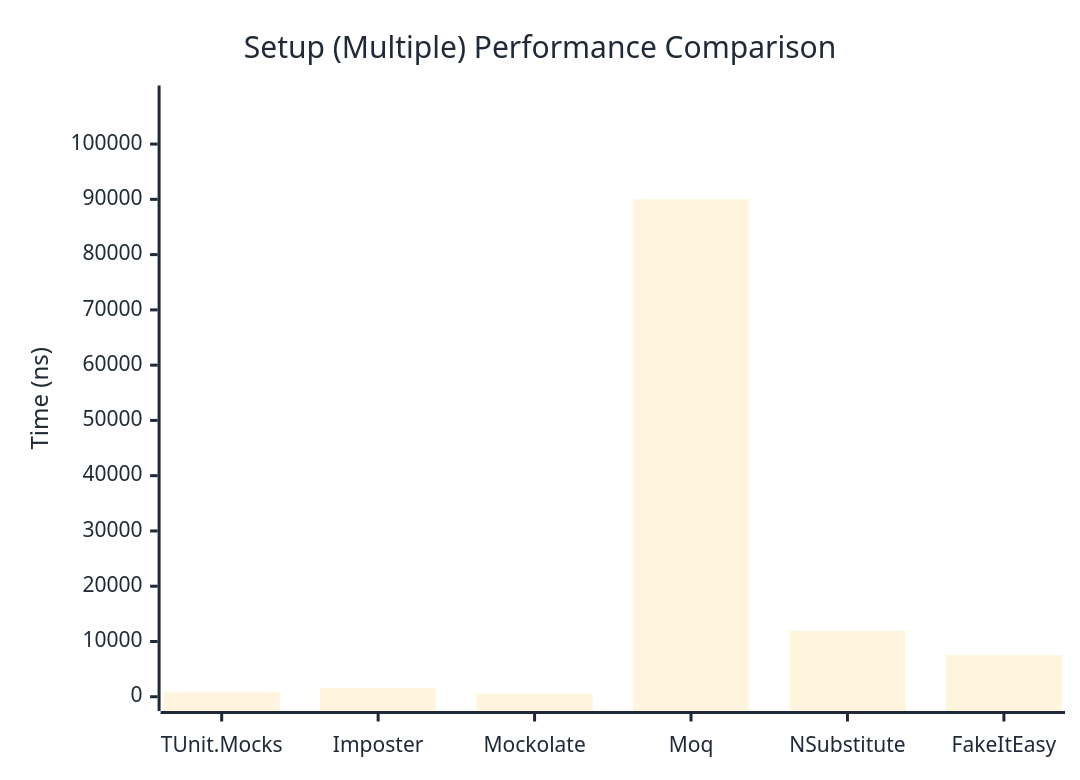
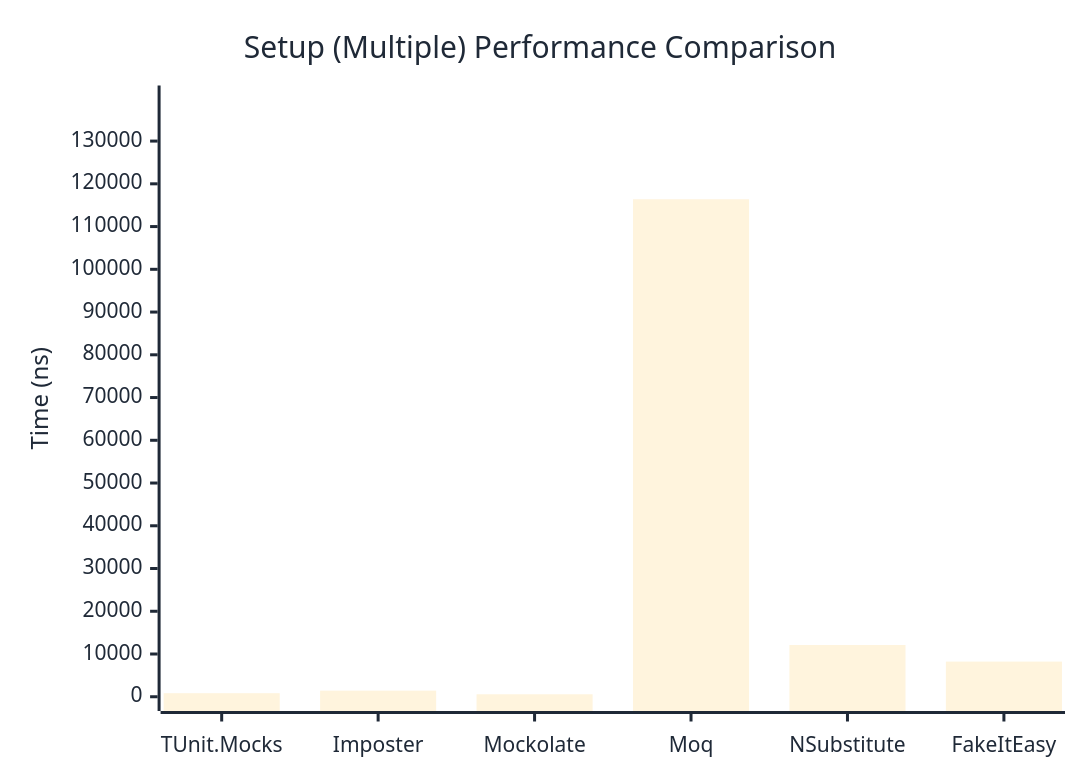
One commit to thomhurst/TUnit changed the second of 2 diagrams in docs/docs/benchmarks/mocks/Setup.md. Above: the diagram before and after it, drawn with Mermaid. The commit also changed other lines of this file and 14 other files, not shown here.

````diff
--- a/docs/docs/benchmarks/mocks/Setup.md
+++ b/docs/docs/benchmarks/mocks/Setup.md
@@ -71,27 +71,27 @@
 ```mermaid
 %%{init: {
   'theme':'base',
   'themeVariables': {
     'primaryColor': '#2563eb',
     'primaryTextColor': '#1f2937',
     'primaryBorderColor': '#1e40af',
     'lineColor': '#6b7280',
     'secondaryColor': '#7c3aed',
     'tertiaryColor': '#dc2626',
     'background': '#ffffff',
     'pie1': '#2563eb',
     'pie2': '#7c3aed',
     'pie3': '#dc2626',
     'pie4': '#f59e0b',
     'pie5': '#10b981',
     'pie6': '#06b6d4',
     'pie7': '#ec4899',
     'pie8': '#6366f1'
   }
 }}%%
 xychart-beta
   title "Setup (Multiple) Performance Comparison"
   x-axis ["TUnit.Mocks", "Imposter", "Mockolate", "Moq", "NSubstitute", "FakeItEasy"]
-  y-axis "Time (ns)" 0 --> 108020
-  bar [858, 1549, 605.9, 90016, 11925.5, 7554.1]
+  y-axis "Time (ns)" 0 --> 139670
+  bar [831.1, 1424.7, 577.4, 116391.3, 12110.4, 8226]
 ```
````
